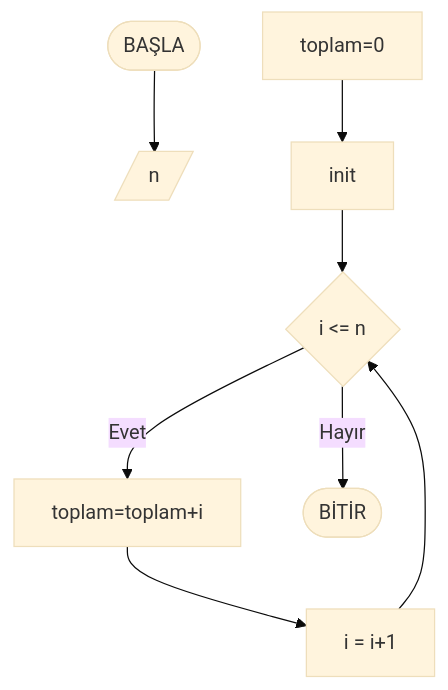
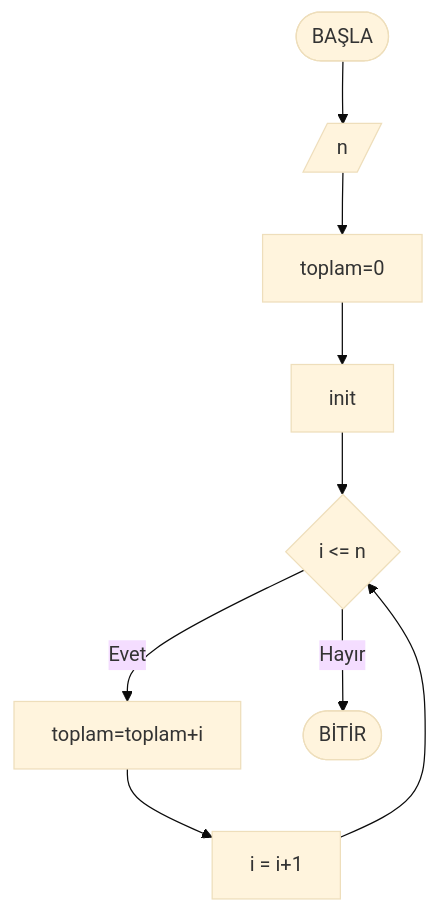
One commit to ibrahimayaz/Algoritma-ve-Programlamaya-Giris-2025 changed the second of 6 diagrams in Hafta03/ders_icerik.md. Above: the diagram before and after it, drawn with Mermaid (base theme).

Commit message:
Hafta03 guncellendi

````diff
--- a/Hafta03/ders_icerik.md
+++ b/Hafta03/ders_icerik.md
@@ -370,8 +370,8 @@
 ```mermaid
 flowchart TD
-  start([BAŞLA]) --> inNum[/n/]
-  toplamm[toplam=0] --> init
+  start([BAŞLA]) --> inNum[/n/] -->
+  toplamm[toplam=0] -->
   init --> loop{i <= n}
   loop -- Evet --> toplam[toplam=toplam+i] --> inc[i = i+1] --> loop
   loop -- Hayır --> endNode([BİTİR])
 ```
````
